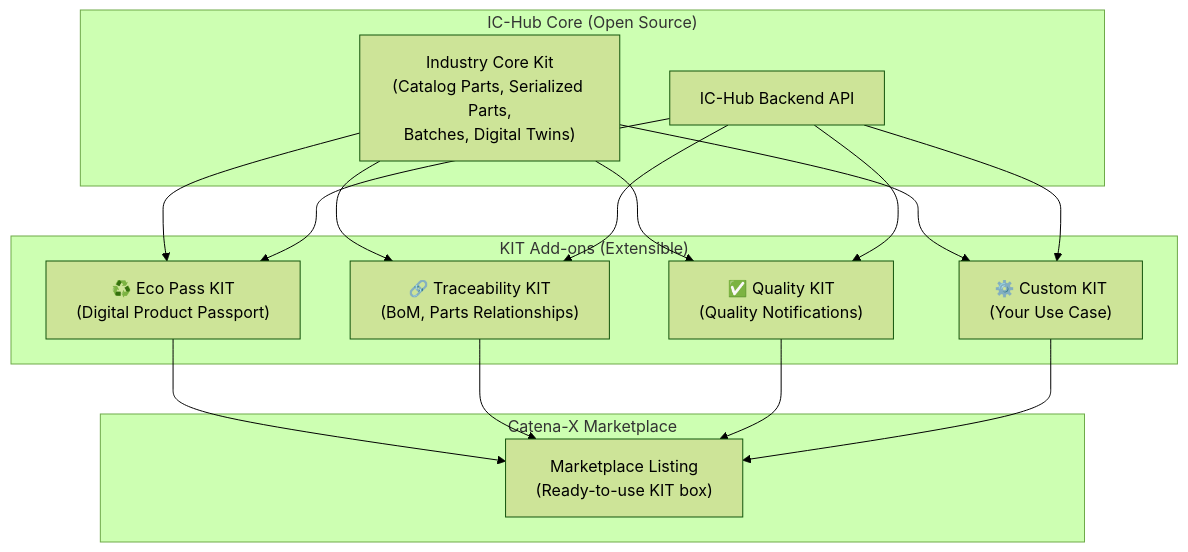
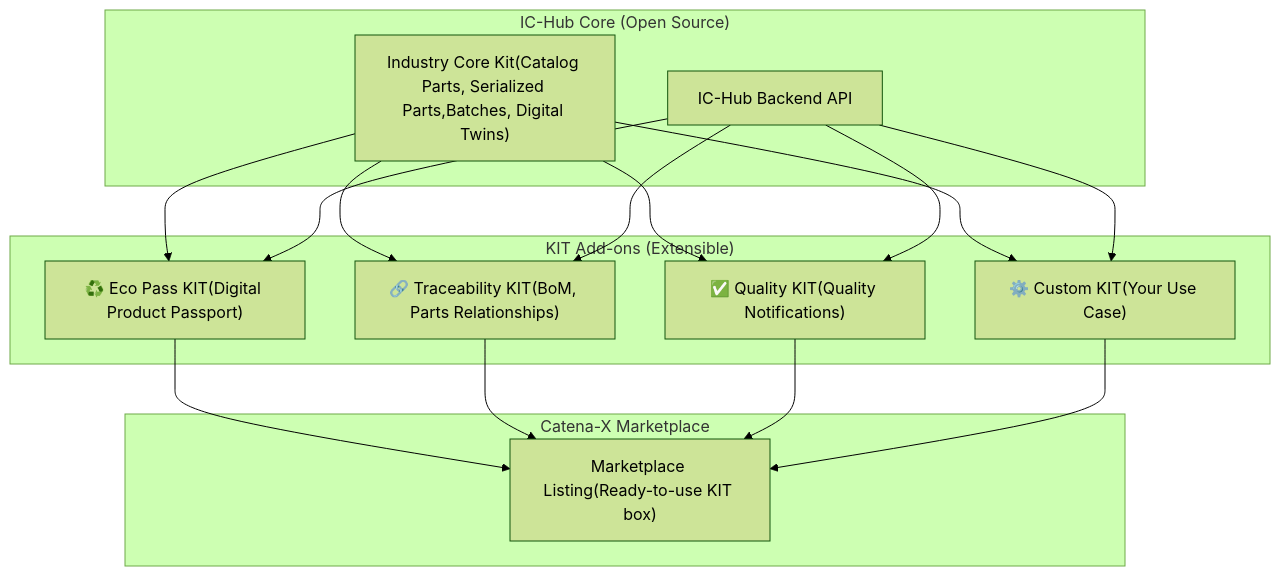
One commit to jalvaro-lks/industry-core-hub changed the seventh of 7 diagrams in README.md. Above: the diagram before and after it, drawn with Mermaid (forest theme). The commit also changed other lines of this file, not shown here.

````diff
--- a/README.md
+++ b/README.md
@@ -527,22 +527,22 @@
 ```mermaid
 graph TB
     subgraph "IC-Hub Core (Open Source)"
-        CORE["Industry Core Kit\n(Catalog Parts, Serialized Parts,\nBatches, Digital Twins)"]
+        CORE["Industry Core Kit(Catalog Parts, Serialized Parts,Batches, Digital Twins)"]
         API["IC-Hub Backend API"]
     end
 
     subgraph "KIT Add-ons (Extensible)"
-        DPP["♻️ Eco Pass KIT\n(Digital Product Passport)"]
-        TRACE["🔗 Traceability KIT\n(BoM, Parts Relationships)"]
-        QUAL["✅ Quality KIT\n(Quality Notifications)"]
-        CUSTOM["⚙️ Custom KIT\n(Your Use Case)"]
+        DPP["♻️ Eco Pass KIT(Digital Product Passport)"]
+        TRACE["🔗 Traceability KIT(BoM, Parts Relationships)"]
+        QUAL["✅ Quality KIT(Quality Notifications)"]
+        CUSTOM["⚙️ Custom KIT(Your Use Case)"]
     end
 
     subgraph "Catena-X Marketplace"
-        MKT["Marketplace Listing\n(Ready-to-use KIT box)"]
+        MKT["Marketplace Listing(Ready-to-use KIT box)"]
     end
 
     CORE --> DPP & TRACE & QUAL & CUSTOM
     API --> DPP & TRACE & QUAL & CUSTOM
     DPP & TRACE & QUAL & CUSTOM --> MKT
 ```
````
